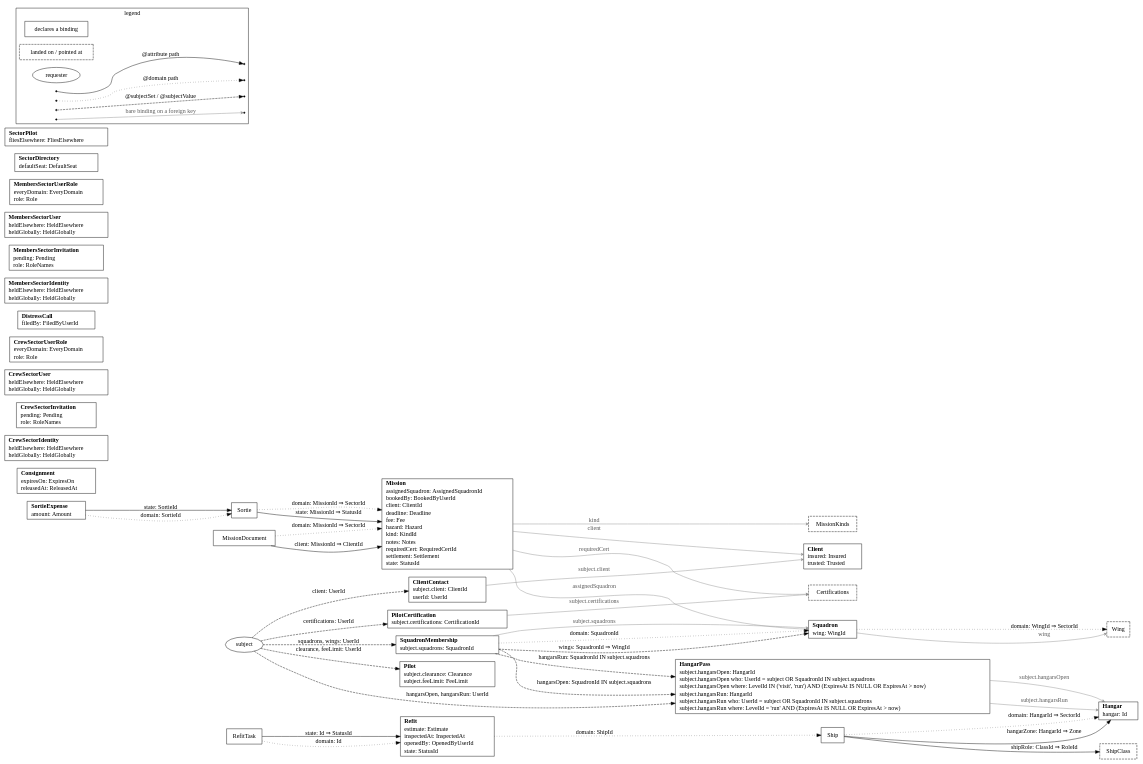
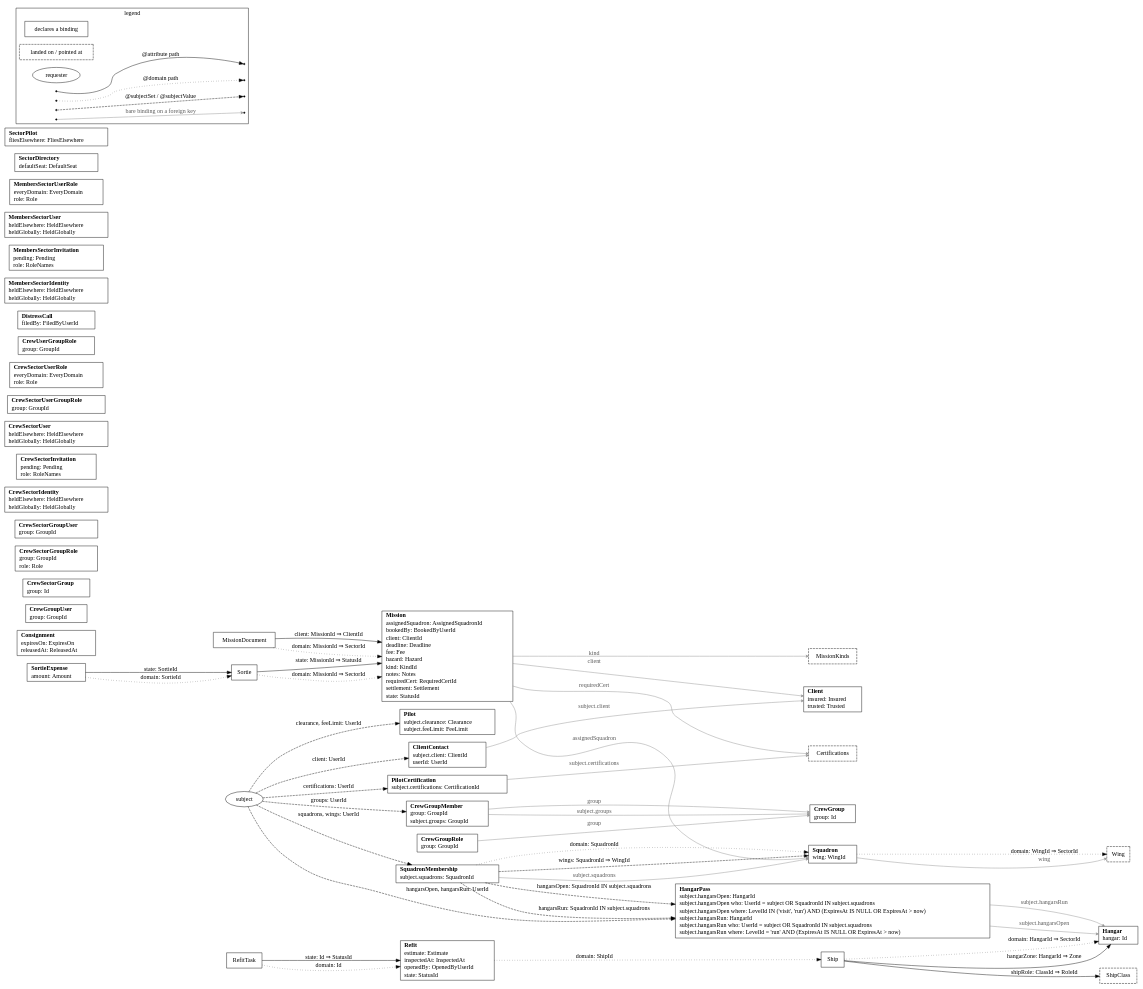
Before and after one commit to impulseframework/impulse: the diagram in lodestar/pkg/resources/zz_gen_bindings.dot, drawn with Graphviz. The commit also changed 88 other files, not shown here.

First line of the commit message:
feature: Lodestar regenerated with the crew's groups of people

```diff
--- a/lodestar/pkg/resources/zz_gen_bindings.dot
+++ b/lodestar/pkg/resources/zz_gen_bindings.dot
@@ -18,10 +18,19 @@
 	"Client" [label=<<table border="0" cellborder="0" cellspacing="0" cellpadding="1"><tr><td align="left"><b>Client</b></td></tr><tr><td align="left">insured: Insured</td></tr><tr><td align="left">trusted: Trusted</td></tr></table>>];
 	"ClientContact" [label=<<table border="0" cellborder="0" cellspacing="0" cellpadding="1"><tr><td align="left"><b>ClientContact</b></td></tr><tr><td align="left">subject.client: ClientId</td></tr><tr><td align="left">userId: UserId</td></tr></table>>];
 	"Consignment" [label=<<table border="0" cellborder="0" cellspacing="0" cellpadding="1"><tr><td align="left"><b>Consignment</b></td></tr><tr><td align="left">expiresOn: ExpiresOn</td></tr><tr><td align="left">releasedAt: ReleasedAt</td></tr></table>>];
+	"CrewGroup" [label=<<table border="0" cellborder="0" cellspacing="0" cellpadding="1"><tr><td align="left"><b>CrewGroup</b></td></tr><tr><td align="left">group: Id</td></tr></table>>];
+	"CrewGroupMember" [label=<<table border="0" cellborder="0" cellspacing="0" cellpadding="1"><tr><td align="left"><b>CrewGroupMember</b></td></tr><tr><td align="left">group: GroupId</td></tr><tr><td align="left">subject.groups: GroupId</td></tr></table>>];
+	"CrewGroupRole" [label=<<table border="0" cellborder="0" cellspacing="0" cellpadding="1"><tr><td align="left"><b>CrewGroupRole</b></td></tr><tr><td align="left">group: GroupId</td></tr></table>>];
+	"CrewGroupUser" [label=<<table border="0" cellborder="0" cellspacing="0" cellpadding="1"><tr><td align="left"><b>CrewGroupUser</b></td></tr><tr><td align="left">group: GroupId</td></tr></table>>];
+	"CrewSectorGroup" [label=<<table border="0" cellborder="0" cellspacing="0" cellpadding="1"><tr><td align="left"><b>CrewSectorGroup</b></td></tr><tr><td align="left">group: Id</td></tr></table>>];
+	"CrewSectorGroupRole" [label=<<table border="0" cellborder="0" cellspacing="0" cellpadding="1"><tr><td align="left"><b>CrewSectorGroupRole</b></td></tr><tr><td align="left">group: GroupId</td></tr><tr><td align="left">role: Role</td></tr></table>>];
+	"CrewSectorGroupUser" [label=<<table border="0" cellborder="0" cellspacing="0" cellpadding="1"><tr><td align="left"><b>CrewSectorGroupUser</b></td></tr><tr><td align="left">group: GroupId</td></tr></table>>];
 	"CrewSectorIdentity" [label=<<table border="0" cellborder="0" cellspacing="0" cellpadding="1"><tr><td align="left"><b>CrewSectorIdentity</b></td></tr><tr><td align="left">heldElsewhere: HeldElsewhere</td></tr><tr><td align="left">heldGlobally: HeldGlobally</td></tr></table>>];
 	"CrewSectorInvitation" [label=<<table border="0" cellborder="0" cellspacing="0" cellpadding="1"><tr><td align="left"><b>CrewSectorInvitation</b></td></tr><tr><td align="left">pending: Pending</td></tr><tr><td align="left">role: RoleNames</td></tr></table>>];
 	"CrewSectorUser" [label=<<table border="0" cellborder="0" cellspacing="0" cellpadding="1"><tr><td align="left"><b>CrewSectorUser</b></td></tr><tr><td align="left">heldElsewhere: HeldElsewhere</td></tr><tr><td align="left">heldGlobally: HeldGlobally</td></tr></table>>];
+	"CrewSectorUserGroupRole" [label=<<table border="0" cellborder="0" cellspacing="0" cellpadding="1"><tr><td align="left"><b>CrewSectorUserGroupRole</b></td></tr><tr><td align="left">group: GroupId</td></tr></table>>];
 	"CrewSectorUserRole" [label=<<table border="0" cellborder="0" cellspacing="0" cellpadding="1"><tr><td align="left"><b>CrewSectorUserRole</b></td></tr><tr><td align="left">everyDomain: EveryDomain</td></tr><tr><td align="left">role: Role</td></tr></table>>];
+	"CrewUserGroupRole" [label=<<table border="0" cellborder="0" cellspacing="0" cellpadding="1"><tr><td align="left"><b>CrewUserGroupRole</b></td></tr><tr><td align="left">group: GroupId</td></tr></table>>];
 	"DistressCall" [label=<<table border="0" cellborder="0" cellspacing="0" cellpadding="1"><tr><td align="left"><b>DistressCall</b></td></tr><tr><td align="left">filedBy: FiledByUserId</td></tr></table>>];
 	"Hangar" [label=<<table border="0" cellborder="0" cellspacing="0" cellpadding="1"><tr><td align="left"><b>Hangar</b></td></tr><tr><td align="left">hangar: Id</td></tr></table>>];
 	"HangarPass" [label=<<table border="0" cellborder="0" cellspacing="0" cellpadding="1"><tr><td align="left"><b>HangarPass</b></td></tr><tr><td align="left">subject.hangarsOpen: HangarId</td></tr><tr><td align="left">subject.hangarsOpen who: UserId = subject OR SquadronId IN subject.squadrons</td></tr><tr><td align="left">subject.hangarsOpen where: LevelId IN (&#39;visit&#39;, &#39;run&#39;) AND (ExpiresAt IS NULL OR ExpiresAt &gt; now)</td></tr><tr><td align="left">subject.hangarsRun: HangarId</td></tr><tr><td align="left">subject.hangarsRun who: UserId = subject OR SquadronId IN subject.squadrons</td></tr><tr><td align="left">subject.hangarsRun where: LevelId = &#39;run&#39; AND (ExpiresAt IS NULL OR ExpiresAt &gt; now)</td></tr></table>>];
@@ -65,11 +74,15 @@
 	"SquadronMembership" -> "HangarPass" [style=dashed, label="hangarsRun: SquadronId IN subject.squadrons"];
 	"SquadronMembership" -> "Squadron" [style=dashed, label="wings: SquadronId ⇒ WingId"];
 	"subject" -> "ClientContact" [style=dashed, label="client: UserId"];
+	"subject" -> "CrewGroupMember" [style=dashed, label="groups: UserId"];
 	"subject" -> "HangarPass" [style=dashed, label="hangarsOpen, hangarsRun: UserId"];
 	"subject" -> "Pilot" [style=dashed, label="clearance, feeLimit: UserId"];
 	"subject" -> "PilotCertification" [style=dashed, label="certifications: UserId"];
 	"subject" -> "SquadronMembership" [style=dashed, label="squadrons, wings: UserId"];
 	"ClientContact" -> "Client" [color=gray55, fontcolor=gray35, arrowhead=vee, arrowsize=0.6, label="subject.client"];
+	"CrewGroupMember" -> "CrewGroup" [color=gray55, fontcolor=gray35, arrowhead=vee, arrowsize=0.6, label="group"];
+	"CrewGroupMember" -> "CrewGroup" [color=gray55, fontcolor=gray35, arrowhead=vee, arrowsize=0.6, label="subject.groups"];
+	"CrewGroupRole" -> "CrewGroup" [color=gray55, fontcolor=gray35, arrowhead=vee, arrowsize=0.6, label="group"];
 	"HangarPass" -> "Hangar" [color=gray55, fontcolor=gray35, arrowhead=vee, arrowsize=0.6, label="subject.hangarsOpen"];
 	"HangarPass" -> "Hangar" [color=gray55, fontcolor=gray35, arrowhead=vee, arrowsize=0.6, label="subject.hangarsRun"];
 	"Mission" -> "Certifications" [color=gray55, fontcolor=gray35, arrowhead=vee, arrowsize=0.6, label="requiredCert"];
```
